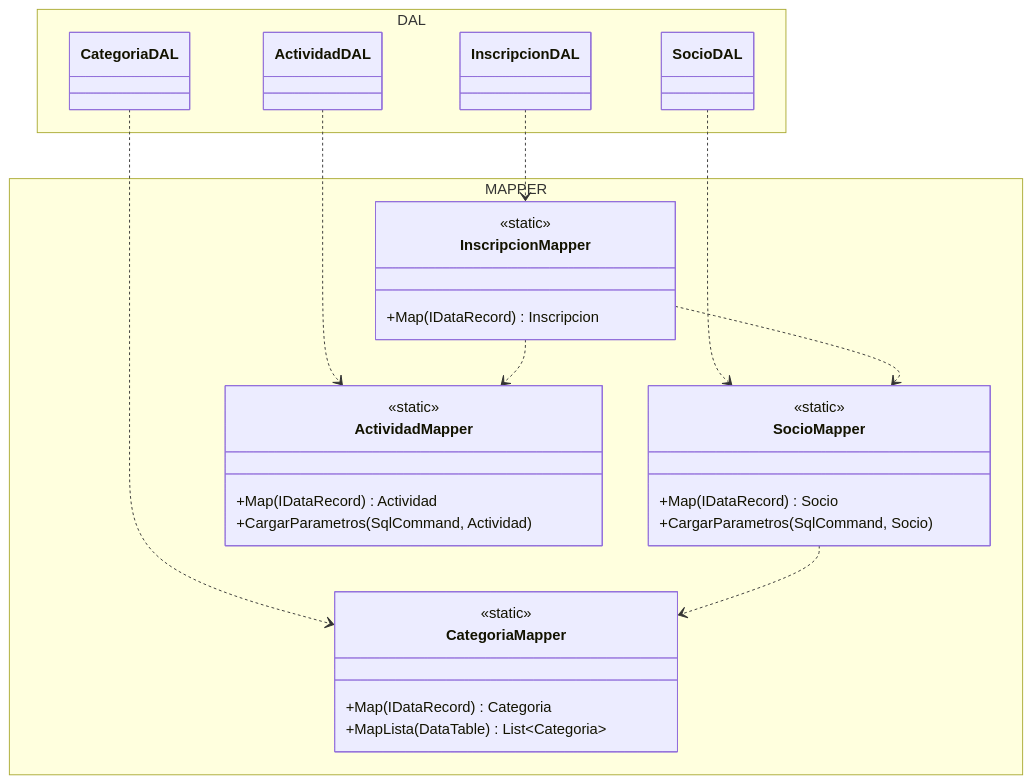
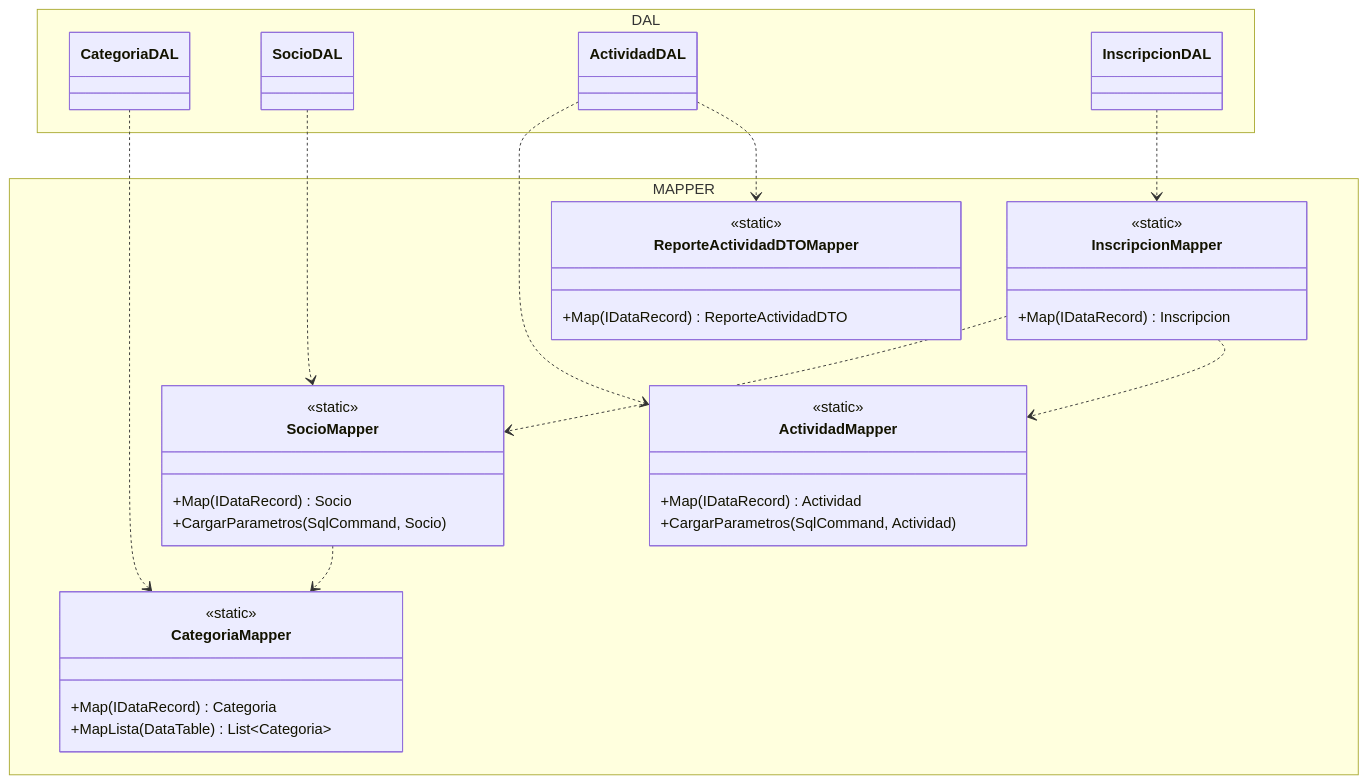
The diagram in docs/diagramas/clases-dal-mapper.mmd (lucasgaudino16-dotcom/ClubGestion), drawn with Mermaid before and after one commit. The commit also changed 16 other files, not shown here.

```diff
--- a/docs/diagramas/clases-dal-mapper.mmd
+++ b/docs/diagramas/clases-dal-mapper.mmd
@@ -1,39 +1,44 @@
 classDiagram
     direction TB
 
     namespace DAL {
         class CategoriaDAL
         class SocioDAL
         class ActividadDAL
         class InscripcionDAL
     }
 
     namespace MAPPER {
         class CategoriaMapper {
             <<static>>
             +Map(IDataRecord) Categoria
             +MapLista(DataTable) List~Categoria~
         }
         class SocioMapper {
             <<static>>
             +Map(IDataRecord) Socio
             +CargarParametros(SqlCommand, Socio)
         }
         class ActividadMapper {
             <<static>>
             +Map(IDataRecord) Actividad
             +CargarParametros(SqlCommand, Actividad)
         }
+        class ReporteActividadDTOMapper {
+            <<static>>
+            +Map(IDataRecord) ReporteActividadDTO
+        }
         class InscripcionMapper {
             <<static>>
             +Map(IDataRecord) Inscripcion
         }
     }
 
     CategoriaDAL ..> CategoriaMapper
     SocioDAL ..> SocioMapper
     ActividadDAL ..> ActividadMapper
+    ActividadDAL ..> ReporteActividadDTOMapper
     InscripcionDAL ..> InscripcionMapper
     SocioMapper ..> CategoriaMapper
     InscripcionMapper ..> SocioMapper
     InscripcionMapper ..> ActividadMapper
```
